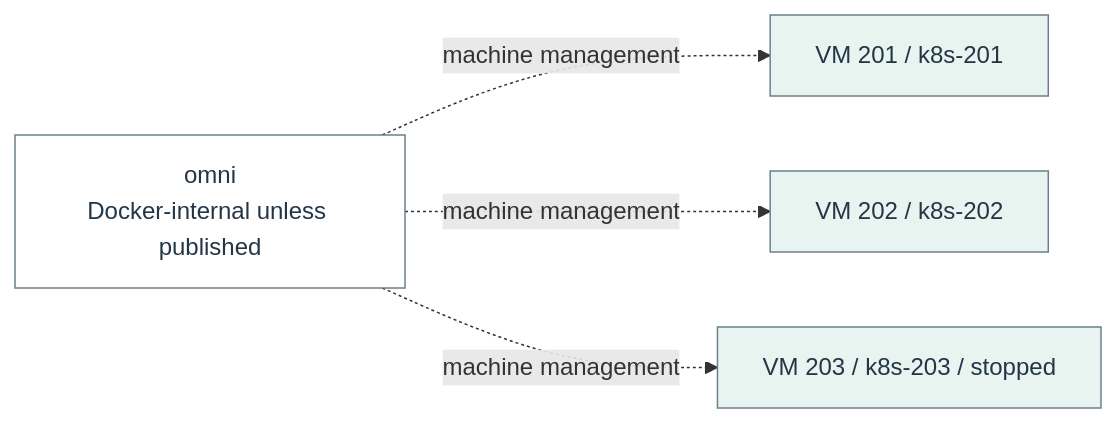
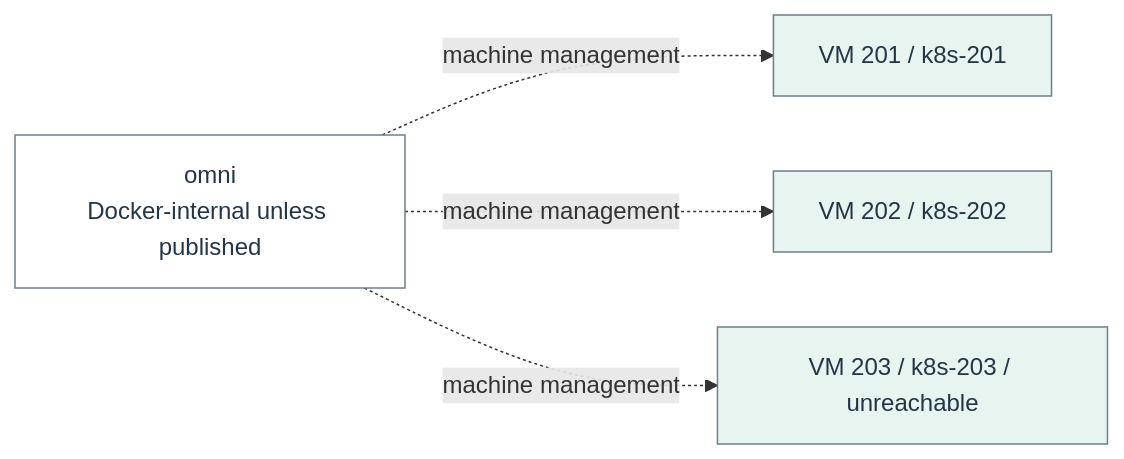
One commit to Harsh-2002/Homelab changed diagram 21 of 22 in docs/architecture/homelab-mermaid.md. Above: the diagram before and after it, drawn with Mermaid. The commit also changed other lines of this file and 67 other files, not shown here.

````diff
--- a/docs/architecture/homelab-mermaid.md
+++ b/docs/architecture/homelab-mermaid.md
@@ -603,14 +603,14 @@
 ```mermaid
 flowchart LR
   n_flow_16_0["omni<br/>Docker-internal unless published"]
   n_flow_16_1["VM 201 / k8s-201"]
   n_flow_16_2["VM 202 / k8s-202"]
-  n_flow_16_3["VM 203 / k8s-203 / stopped"]
+  n_flow_16_3["VM 203 / k8s-203 / unreachable"]
   n_flow_16_0 -.->|"machine management"| n_flow_16_1
   n_flow_16_0 -.->|"machine management"| n_flow_16_2
   n_flow_16_0 -.->|"machine management"| n_flow_16_3
   classDef c_flow_16_0 fill:#ffffff,stroke:#6c7f8c,color:#233647;
   class n_flow_16_0 c_flow_16_0;
   classDef c_flow_16_1 fill:#e8f4f0,stroke:#6c7f8c,color:#233647;
   class n_flow_16_1,n_flow_16_2,n_flow_16_3 c_flow_16_1;
 ```
````
